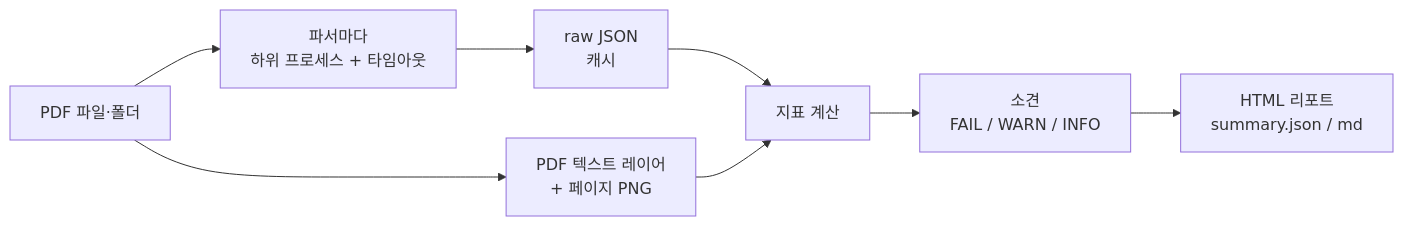
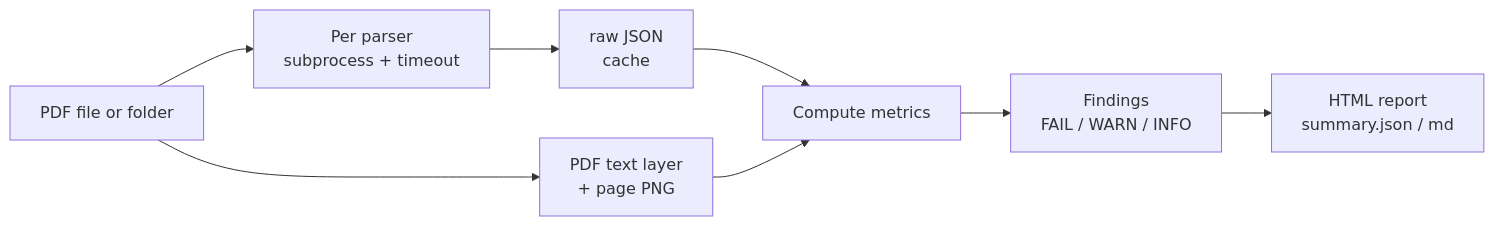
The diagram in README.md (LeeGyeongPil/parseoff), drawn with Mermaid before and after one commit. The commit also changed other lines of this file and 2 other files, not shown here.

````diff
--- a/README.md
+++ b/README.md
@@ -213,10 +212,10 @@
 ```mermaid
 flowchart LR
-    A[PDF 파일·폴더] --> B[파서마다<br/>하위 프로세스 + 타임아웃]
-    B --> C[raw JSON<br/>캐시]
-    A --> D[PDF 텍스트 레이어<br/>+ 페이지 PNG]
-    C --> E[지표 계산]
+    A["PDF file or folder"] --> B["Per parser<br/>subprocess + timeout"]
+    B --> C["raw JSON<br/>cache"]
+    A --> D["PDF text layer<br/>+ page PNG"]
+    C --> E["Compute metrics"]
     D --> E
-    E --> F[소견<br/>FAIL / WARN / INFO]
-    F --> G[HTML 리포트<br/>summary.json / md]
+    E --> F["Findings<br/>FAIL / WARN / INFO"]
+    F --> G["HTML report<br/>summary.json / md"]
 ```
````
